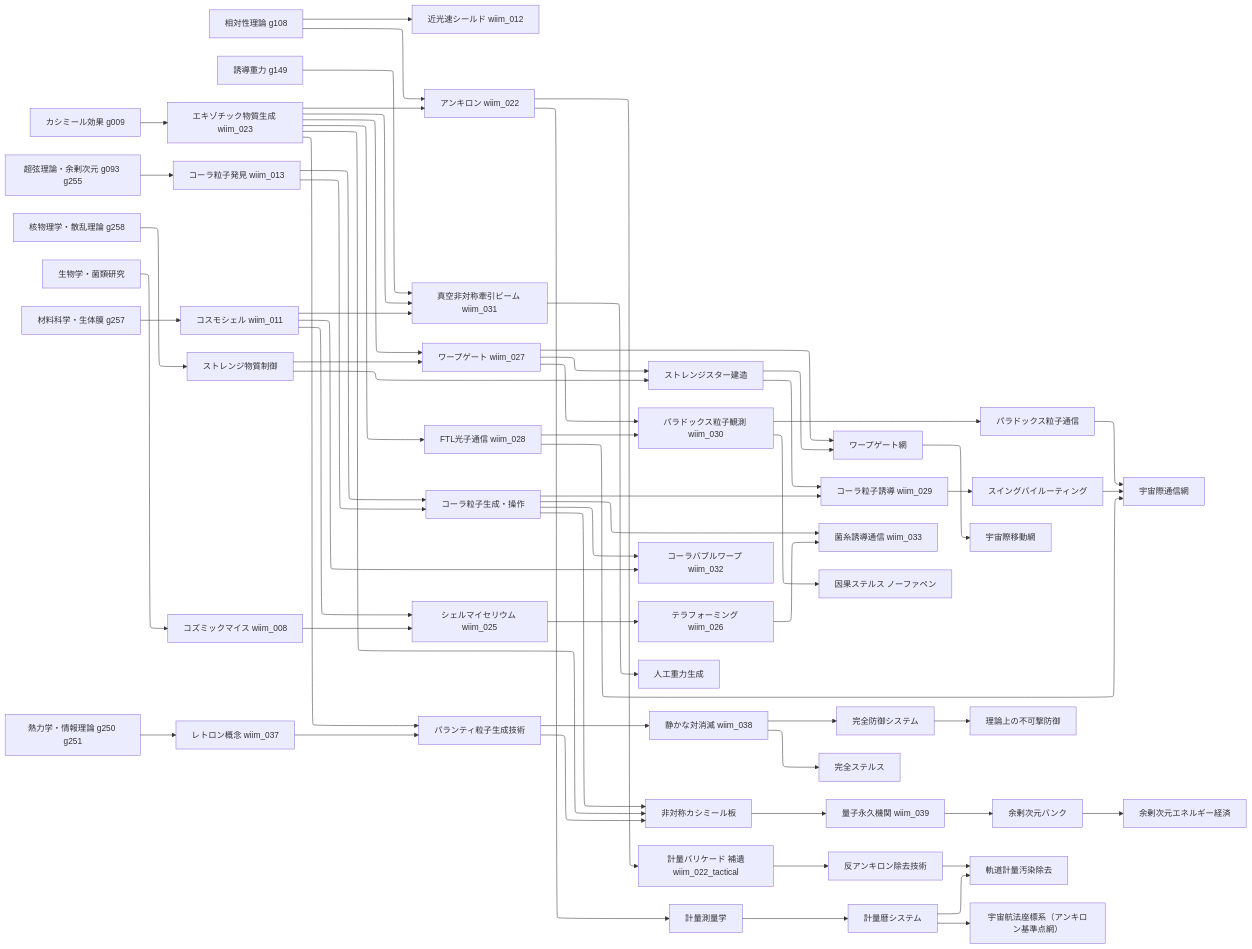
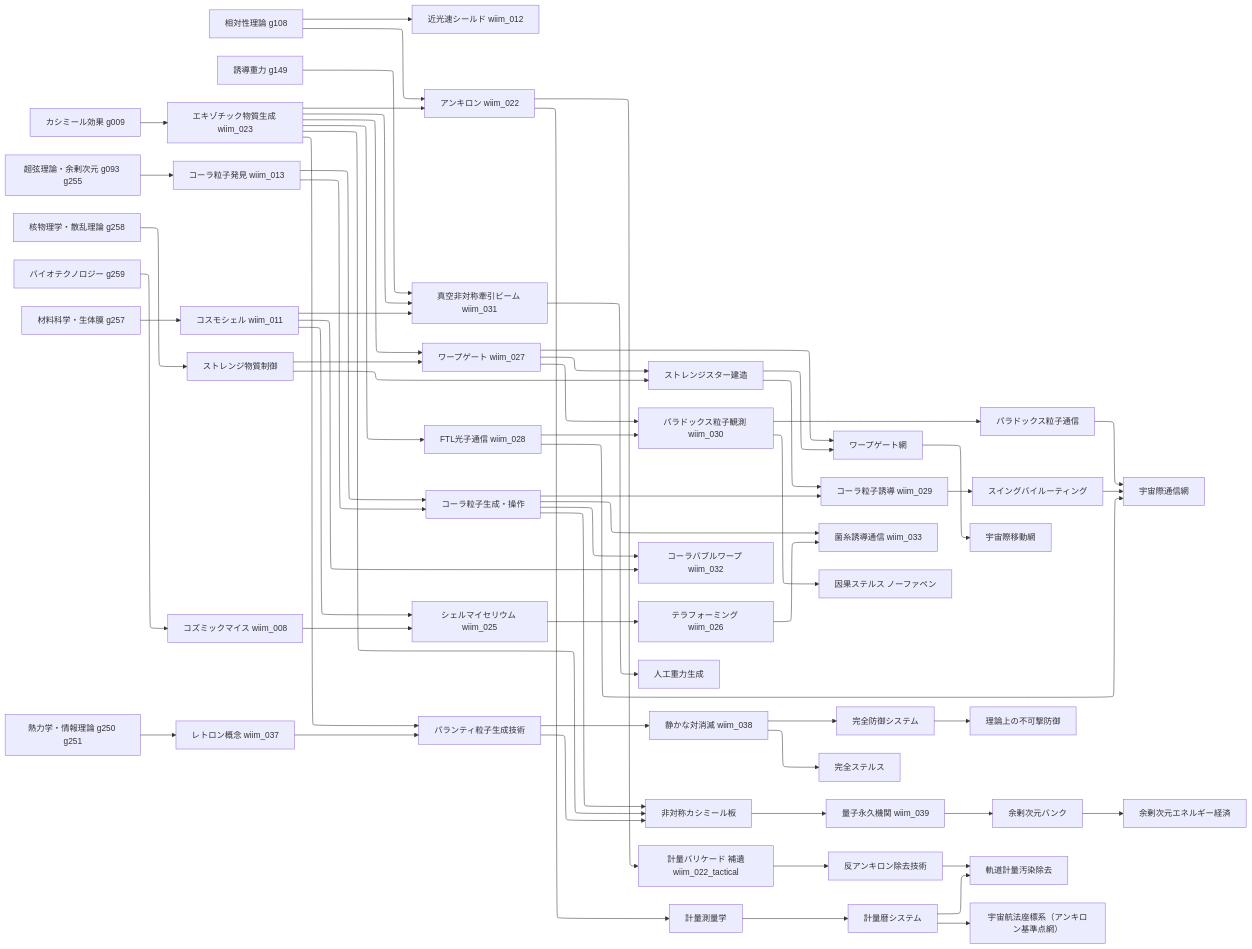
Before and after one commit to theronium/WhatIfImpossible: the first of 11 diagrams in docs/notes/tech_tree.md, drawn with Mermaid. The commit also changed other lines of this file and 5 other files, not shown here.

````diff
--- a/docs/notes/tech_tree.md
+++ b/docs/notes/tech_tree.md
@@ -16,78 +16,78 @@
 ```mermaid
 %%{init: {"layout": "elk"}}%%
 flowchart LR
     C0A[カシミール効果 g009]
     C0B[超弦理論・余剰次元 g093 g255]
     C0C[核物理学・散乱理論 g258]
-    C0D[生物学・菌類研究]
+    C0D[バイオテクノロジー g259]
     C0E[相対性理論 g108]
     C0F[材料科学・生体膜 g257]
     C0G[誘導重力 g149]
     C0H[熱力学・情報理論 g250 g251]
 
     C0A --> T1A[エキゾチック物質生成 wiim_023]
     C0B --> T1B[コーラ粒子発見 wiim_013]
     C0F --> T1C[コスモシェル wiim_011]
     C0C --> T1D[ストレンジ物質制御]
     C0D --> T1E[コズミックマイス wiim_008]
     C0E --> T2F[近光速シールド wiim_012]
     C0E --> T1F[アンキロン wiim_022]
     T1A --> T1F
     C0G --> T2G[真空非対称牽引ビーム wiim_031]
 
     T1A --> T2A[ワープゲート wiim_027]
     T1A --> T2B[FTL光子通信 wiim_028]
     T1A --> T2G
     T1B --> T2C[コーラ粒子生成・操作]
     T1C --> T2E[シェルマイセリウム wiim_025]
     T1C --> T2G
     T1D --> T2A
     T1D --> T2D[ストレンジスター建造]
     T1E --> T2E
 
     T2A --> T2D
     T2A --> T3A[ワープゲート網]
     T2A --> T2H[パラドックス粒子観測 wiim_030]
     T2B --> T2H
     T2C --> T3B[コーラ粒子誘導 wiim_029]
     T2C --> T3I[コーラバブルワープ wiim_032]
     T1C --> T3I
     T2D --> T3A
     T2D --> T3B
     T2E --> T3C[テラフォーミング wiim_026]
     T2C --> T3H[菌糸誘導通信 wiim_033]
     T3C --> T3H
     T2G --> T3E[人工重力生成]
     T2H --> T3F[因果ステルス ノーファペン]
     T2H --> T3G[パラドックス粒子通信]
 
     T3B --> T3D[スイングバイルーティング]
     T3D --> T4B[宇宙際通信網]
     T3A --> T4A[宇宙際移動網]
     T2B --> T4B
     T3G --> T4B
 
     C0H --> T1G[レトロン概念 wiim_037]
     T1A --> T1H[パランティ粒子生成技術]
     T1G --> T1H
     T1H --> T2N[静かな対消滅 wiim_038]
     T2N --> T3M[完全防御システム]
     T2N --> T3N[完全ステルス]
     T3M --> T4D[理論上の不可撃防御]
 
     T1A --> T1I[非対称カシミール板]
     T1B --> T2C
     T2C --> T1I
     T1I --> T2O[量子永久機関 wiim_039]
     T1H --> T1I
     T2O --> T3P[余剰次元バンク]
     T3P --> T4E[余剰次元エネルギー経済]
 
     T1F --> T2K[計量バリケード 補遺wiim_022_tactical]
     T1F --> T2L[計量測量学]
     T2K --> T2M[反アンキロン除去技術]
     T2L --> T3K[計量暦システム]
     T2M --> T3L[軌道計量汚染除去]
     T3K --> T3L
     T3K --> T4C[宇宙航法座標系（アンキロン基準点網）]
 ```
````
